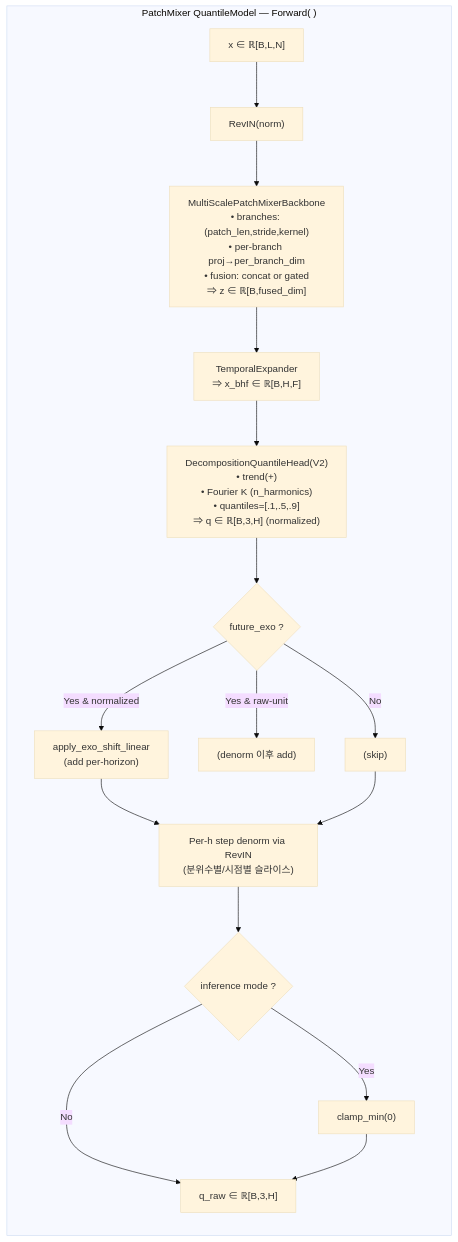
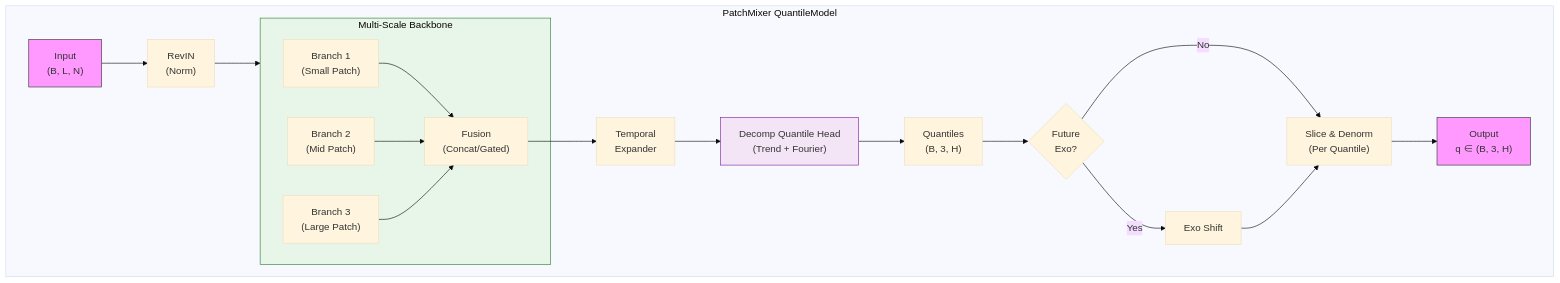
Before and after one commit to LeeKwanHyeong/ts_forecaster_lib: the second of 4 diagrams in src/modeling_module/models/PatchMixer/PatchMixerInfo.md, drawn with Mermaid (base theme). The commit also changed other lines of this file and 5 other files, not shown here.

Commit message:
# PatchMixer 주석작업

````diff
--- a/src/modeling_module/models/PatchMixer/PatchMixerInfo.md
+++ b/src/modeling_module/models/PatchMixer/PatchMixerInfo.md
@@ -199,20 +136,34 @@
 ```mermaid
 flowchart LR
-    subgraph Forward["PatchMixer QuantileModel — Forward( )"]
-      X["x ∈ ℝ[B,L,N]"] --> RVN["RevIN(norm)"]
-      RVN --> MSBB["MultiScalePatchMixerBackbone\n• branches: (patch_len,stride,kernel)\n• per-branch proj→per_branch_dim\n• fusion: concat or gated\n⇒ z ∈ ℝ[B,fused_dim]"]
-      MSBB --> EXP["TemporalExpander\n⇒ x_bhf ∈ ℝ[B,H,F]"]
-      EXP --> DQH["DecompositionQuantileHead(V2)\n• trend(+)\n• Fourier K (n_harmonics)\n• quantiles=[.1,.5,.9]\n⇒ q ∈ ℝ[B,3,H] (normalized)"]
-      DQH --> EXO{"future_exo ?"}
-      EXO -->|Yes & normalized| EXA["apply_exo_shift_linear\n(add per-horizon)"]
-      EXO -->|Yes & raw-unit| EXB["(denorm 이후 add)"]
-      EXO -->|No| PASS["(skip)"]
-      EXA --> SLICE["Per-h step denorm via RevIN\n(분위수별/시점별 슬라이스)"]
-      PASS --> SLICE
-      SLICE --> CLAMP{"inference mode ?"}
-      CLAMP -->|Yes| NN["clamp_min(0)"]
-      CLAMP -->|No| OUT
-      NN --> OUT["q_raw ∈ ℝ[B,3,H]"]
+    subgraph Forward["PatchMixer QuantileModel"]
+      direction LR
+      X["Input\n(B, L, N)"] --> RVN["RevIN\n(Norm)"]
+      
+      %% Multi-Scale Backbone
+      RVN --> MSBB
+      subgraph MSBB ["Multi-Scale Backbone"]
+        B1["Branch 1\n(Small Patch)"]
+        B2["Branch 2\n(Mid Patch)"]
+        B3["Branch 3\n(Large Patch)"]
+        B1 & B2 & B3 --> FUSE["Fusion\n(Concat/Gated)"]
+      end
+      
+      FUSE --> EXP["Temporal\nExpander"]
+      
+      %% Quantile Head
+      EXP --> HEAD["Decomp Quantile Head\n(Trend + Fourier)"]
+      HEAD --> Q_OUT["Quantiles\n(B, 3, H)"]
+      
+      %% Post-process
+      Q_OUT --> EXO{"Future\nExo?"}
+      EXO -->|Yes| SHIFT["Exo Shift"]
+      EXO -->|No| SLICE
+      SHIFT --> SLICE
+      
+      SLICE["Slice & Denorm\n(Per Quantile)"] --> OUT["Output\nq ∈ (B, 3, H)"]
     end
-
+    style X fill:#f9f,stroke:#333
+    style OUT fill:#f9f,stroke:#333
+    style MSBB fill:#e8f5e9,stroke:#2e7d32
+    style HEAD fill:#f3e5f5,stroke:#7b1fa2
 ```
````
